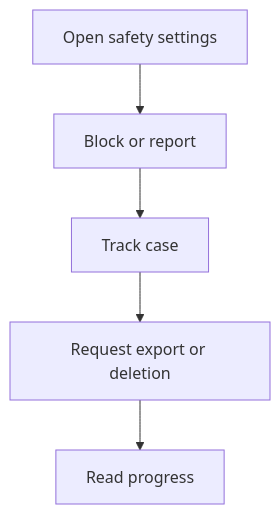
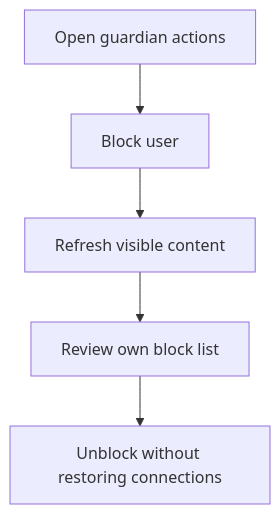
One commit to thams-geth/dogdating-api changed the diagram in docs/handovers/M11.md. Above: the diagram before and after it, drawn with Mermaid. The commit also changed other lines of this file and 12 other files, not shown here.

````diff
--- a/docs/handovers/M11.md
+++ b/docs/handovers/M11.md
@@ -15,12 +15,12 @@
 ```mermaid
 flowchart TD
-  S0["Open safety settings"]
-  S1["Block or report"]
-  S2["Track case"]
-  S3["Request export or deletion"]
-  S4["Read progress"]
+  S0["Open guardian actions"]
+  S1["Block user"]
+  S2["Refresh visible content"]
+  S3["Review own block list"]
+  S4["Unblock without restoring connections"]
   S0 --> S1
   S1 --> S2
   S2 --> S3
   S3 --> S4
 ```
````
